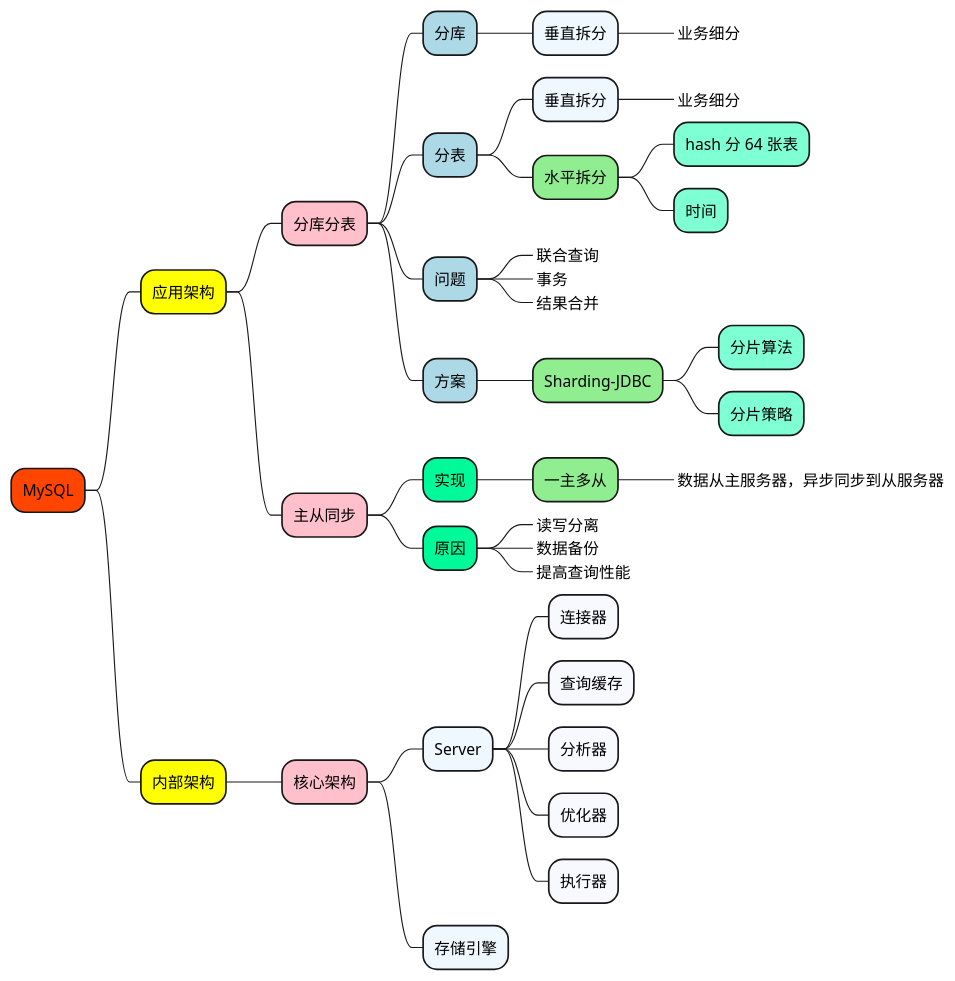
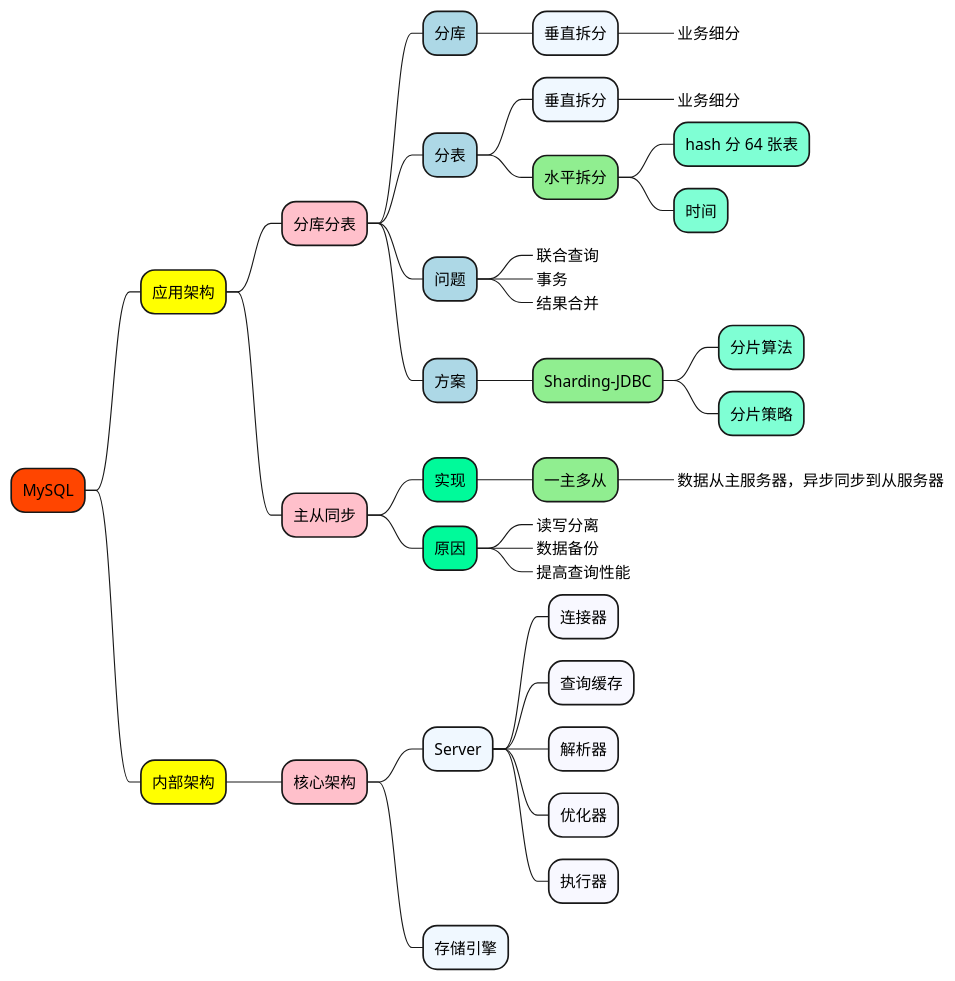
Before and after one commit to doveg/self-cultivation-of-a-software-engineer: the diagram in 1_map/database/MySQL-架构.puml, drawn with PlantUML. The commit also changed 6 other files, not shown here.

```diff
--- a/1_map/database/MySQL-架构.puml
+++ b/1_map/database/MySQL-架构.puml
@@ -1,52 +1,52 @@
 @startmindmap
 
 +[#OrangeRed] MySQL
 
 ++[#yellow] 应用架构
 
 +++[#Pink] 分库分表
 ++++[#LightBlue] 分库
 +++++[#AliceBlue] 垂直拆分
 ++++++[#Aquamarine]_ 业务细分
 
 ++++[#LightBlue] 分表
 +++++[#AliceBlue] 垂直拆分
 ++++++[#Aquamarine]_ 业务细分
 
 +++++[#LightGreen] 水平拆分
 ++++++[#Aquamarine] hash 分 64 张表
 ++++++[#Aquamarine] 时间
 
 ++++[#LightBlue] 问题
 +++++[#AliceBlue]_ 联合查询
 +++++[#AliceBlue]_ 事务
 +++++[#AliceBlue]_ 结果合并
 
 ++++[#LightBlue] 方案
 +++++[#LightGreen] Sharding-JDBC
 ++++++[#Aquamarine] 分片算法
 ++++++[#Aquamarine] 分片策略
 
 +++[#Pink] 主从同步
 ++++[#MediumSpringGreen] 实现
 +++++[#LightGreen] 一主多从
 ++++++[#LightGreen]_ 数据从主服务器，异步同步到从服务器
 ++++[#MediumSpringGreen] 原因
 +++++[#GhostWhite]_ 读写分离
 +++++[#GhostWhite]_ 数据备份
 +++++[#GhostWhite]_ 提高查询性能
 
 
 ++[#yellow] 内部架构
 
 +++[#Pink] 核心架构
 ++++[#AliceBlue] Server
 +++++[#GhostWhite] 连接器
 +++++[#GhostWhite] 查询缓存
-+++++[#GhostWhite] 分析器
++++++[#GhostWhite] 解析器
 +++++[#GhostWhite] 优化器
 +++++[#GhostWhite] 执行器
 ++++[#AliceBlue] 存储引擎
 
 
 @endmindmap
```
